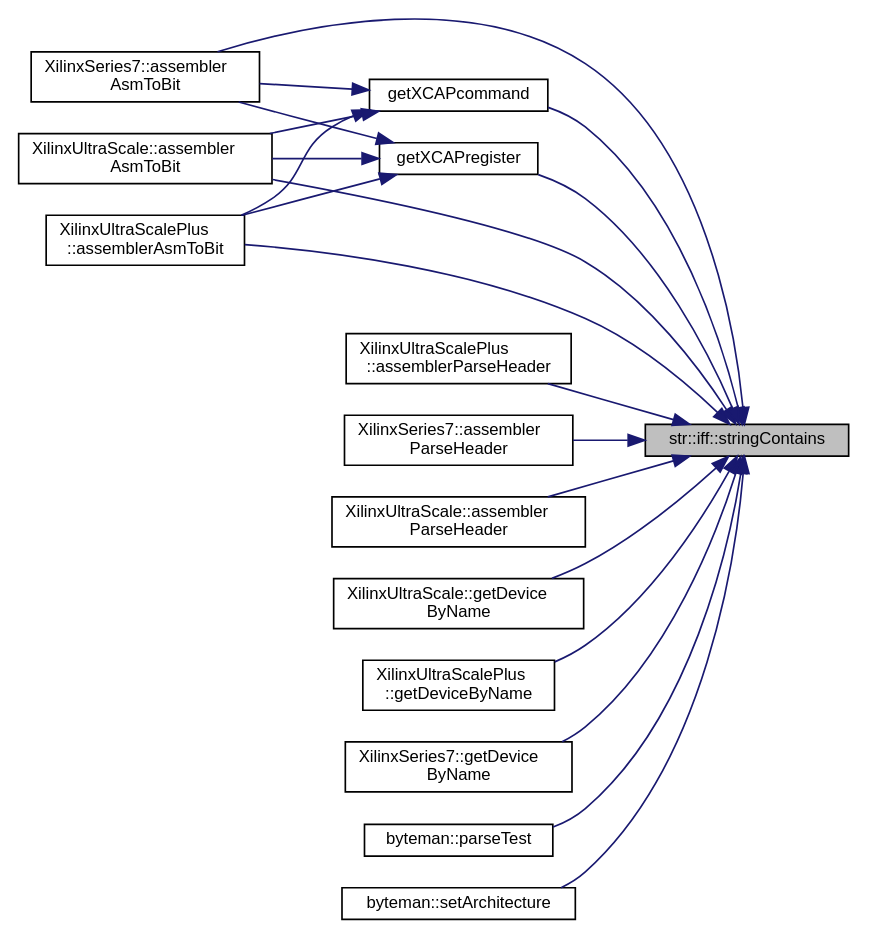
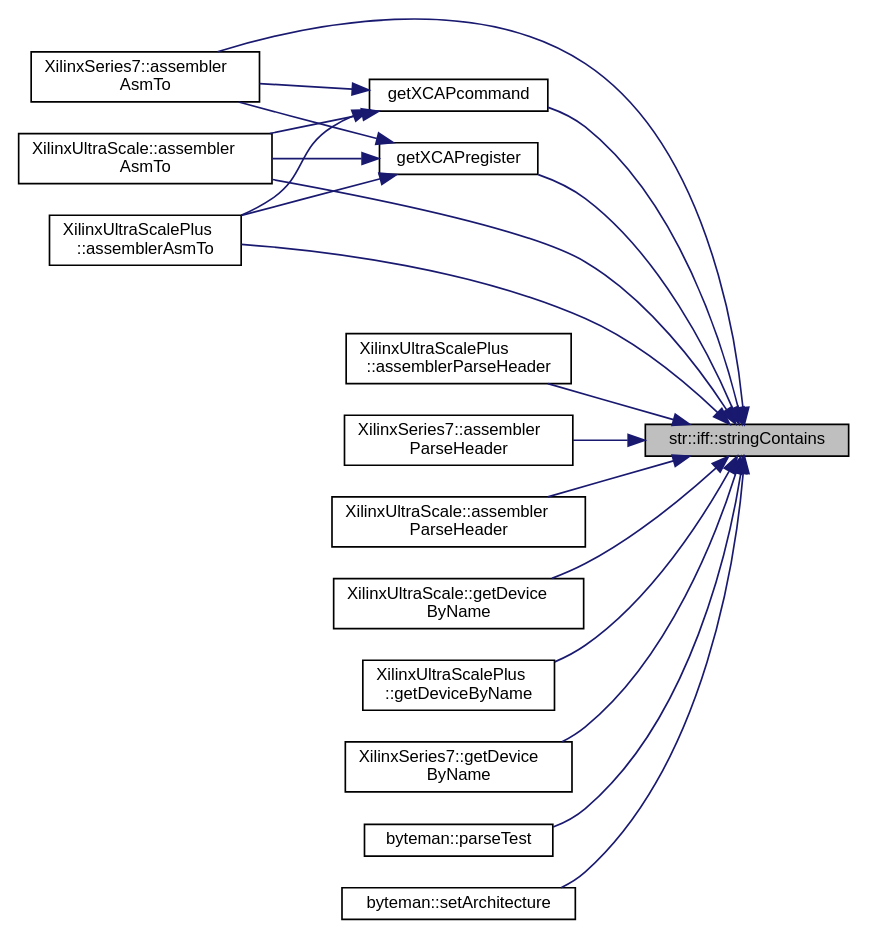
Before and after one commit to FPGA-Research-Manchester/byteman: the diagram in namespacestr_1_1iff_a1f19550a10f93dcfadd366fedf6bec90_icgraph.dot, drawn with Graphviz. The commit also changed 682 other files, not shown here.

```diff
--- a/namespacestr_1_1iff_a1f19550a10f93dcfadd366fedf6bec90_icgraph.dot
+++ b/namespacestr_1_1iff_a1f19550a10f93dcfadd366fedf6bec90_icgraph.dot
@@ -1,41 +1,41 @@
 digraph "str::iff::stringContains"
 {
  // INTERACTIVE_SVG=YES
  // LATEX_PDF_SIZE
   edge [fontname="Helvetica",fontsize="10",labelfontname="Helvetica",labelfontsize="10"];
   node [fontname="Helvetica",fontsize="10",shape=record];
   rankdir="RL";
   Node1 [label="str::iff::stringContains",height=0.2,width=0.4,color="black", fillcolor="grey75", style="filled", fontcolor="black",tooltip="Returns false. End of recursion for template."];
   Node1 -> Node2 [dir="back",color="midnightblue",fontsize="10",style="solid",fontname="Helvetica"];
-  Node2 [label="XilinxSeries7::assembler\lAsmToBit",height=0.2,width=0.4,color="black", fillcolor="white", style="filled",URL="$classXilinxSeries7.html#a639a90ea02209c56a78ca7748265e842",tooltip=" "];
+  Node2 [label="XilinxSeries7::assembler\lAsmTo",height=0.2,width=0.4,color="black", fillcolor="white", style="filled",URL="$classXilinxSeries7.html#add24644bcb25c9d2832e08ee151419c5",tooltip=" "];
   Node1 -> Node3 [dir="back",color="midnightblue",fontsize="10",style="solid",fontname="Helvetica"];
-  Node3 [label="XilinxUltraScalePlus\l::assemblerAsmToBit",height=0.2,width=0.4,color="black", fillcolor="white", style="filled",URL="$classXilinxUltraScalePlus.html#a058802c627c4177c6fd88ca079551207",tooltip=" "];
+  Node3 [label="XilinxUltraScalePlus\l::assemblerAsmTo",height=0.2,width=0.4,color="black", fillcolor="white", style="filled",URL="$classXilinxUltraScalePlus.html#a3759d31f6e02c6d8fc6b8e46aec7b071",tooltip=" "];
   Node1 -> Node4 [dir="back",color="midnightblue",fontsize="10",style="solid",fontname="Helvetica"];
-  Node4 [label="XilinxUltraScale::assembler\lAsmToBit",height=0.2,width=0.4,color="black", fillcolor="white", style="filled",URL="$classXilinxUltraScale.html#ae59064108c5ceddce061542356c05a41",tooltip=" "];
+  Node4 [label="XilinxUltraScale::assembler\lAsmTo",height=0.2,width=0.4,color="black", fillcolor="white", style="filled",URL="$classXilinxUltraScale.html#a5fc4f1606f3f0943ea92809c1632b47c",tooltip=" "];
   Node1 -> Node5 [dir="back",color="midnightblue",fontsize="10",style="solid",fontname="Helvetica"];
   Node5 [label="XilinxUltraScalePlus\l::assemblerParseHeader",height=0.2,width=0.4,color="black", fillcolor="white", style="filled",URL="$classXilinxUltraScalePlus.html#a9516cc048feed5070f60ae9e615ed42c",tooltip=" "];
   Node1 -> Node6 [dir="back",color="midnightblue",fontsize="10",style="solid",fontname="Helvetica"];
   Node6 [label="XilinxSeries7::assembler\lParseHeader",height=0.2,width=0.4,color="black", fillcolor="white", style="filled",URL="$classXilinxSeries7.html#a80a26222182218556bdf98a6090eed1f",tooltip=" "];
   Node1 -> Node7 [dir="back",color="midnightblue",fontsize="10",style="solid",fontname="Helvetica"];
   Node7 [label="XilinxUltraScale::assembler\lParseHeader",height=0.2,width=0.4,color="black", fillcolor="white", style="filled",URL="$classXilinxUltraScale.html#a1b5db46c092fbdc4a277e416be3be30a",tooltip=" "];
   Node1 -> Node8 [dir="back",color="midnightblue",fontsize="10",style="solid",fontname="Helvetica"];
   Node8 [label="XilinxUltraScale::getDevice\lByName",height=0.2,width=0.4,color="black", fillcolor="white", style="filled",URL="$classXilinxUltraScale.html#a84cd2e2bc1c74a92a1c029a0766ec96d",tooltip=" "];
   Node1 -> Node9 [dir="back",color="midnightblue",fontsize="10",style="solid",fontname="Helvetica"];
   Node9 [label="XilinxUltraScalePlus\l::getDeviceByName",height=0.2,width=0.4,color="black", fillcolor="white", style="filled",URL="$classXilinxUltraScalePlus.html#a8e9c53a1927042531467d5c35af3c0bc",tooltip=" "];
   Node1 -> Node10 [dir="back",color="midnightblue",fontsize="10",style="solid",fontname="Helvetica"];
   Node10 [label="XilinxSeries7::getDevice\lByName",height=0.2,width=0.4,color="black", fillcolor="white", style="filled",URL="$classXilinxSeries7.html#ad00e8927650d1bf9817ee80b73960850",tooltip=" "];
   Node1 -> Node11 [dir="back",color="midnightblue",fontsize="10",style="solid",fontname="Helvetica"];
   Node11 [label="getXCAPcommand",height=0.2,width=0.4,color="black", fillcolor="white", style="filled",URL="$inlineCAP_8h.html#aa2ec73a784528bc16781a71e5388650e",tooltip=" "];
   Node11 -> Node2 [dir="back",color="midnightblue",fontsize="10",style="solid",fontname="Helvetica"];
   Node11 -> Node3 [dir="back",color="midnightblue",fontsize="10",style="solid",fontname="Helvetica"];
   Node11 -> Node4 [dir="back",color="midnightblue",fontsize="10",style="solid",fontname="Helvetica"];
   Node1 -> Node12 [dir="back",color="midnightblue",fontsize="10",style="solid",fontname="Helvetica"];
   Node12 [label="getXCAPregister",height=0.2,width=0.4,color="black", fillcolor="white", style="filled",URL="$inlineCAP_8h.html#acfc0355ad80bf49778f60a967037333e",tooltip=" "];
   Node12 -> Node2 [dir="back",color="midnightblue",fontsize="10",style="solid",fontname="Helvetica"];
   Node12 -> Node3 [dir="back",color="midnightblue",fontsize="10",style="solid",fontname="Helvetica"];
   Node12 -> Node4 [dir="back",color="midnightblue",fontsize="10",style="solid",fontname="Helvetica"];
   Node1 -> Node13 [dir="back",color="midnightblue",fontsize="10",style="solid",fontname="Helvetica"];
   Node13 [label="byteman::parseTest",height=0.2,width=0.4,color="black", fillcolor="white", style="filled",URL="$classbyteman.html#a67e59b56fdea8a075ccaabb1d3510c3b",tooltip=" "];
   Node1 -> Node14 [dir="back",color="midnightblue",fontsize="10",style="solid",fontname="Helvetica"];
   Node14 [label="byteman::setArchitecture",height=0.2,width=0.4,color="black", fillcolor="white", style="filled",URL="$classbyteman.html#a035f9f0419ab25a7463ff44117c1f5e0",tooltip=" "];
 }
```
